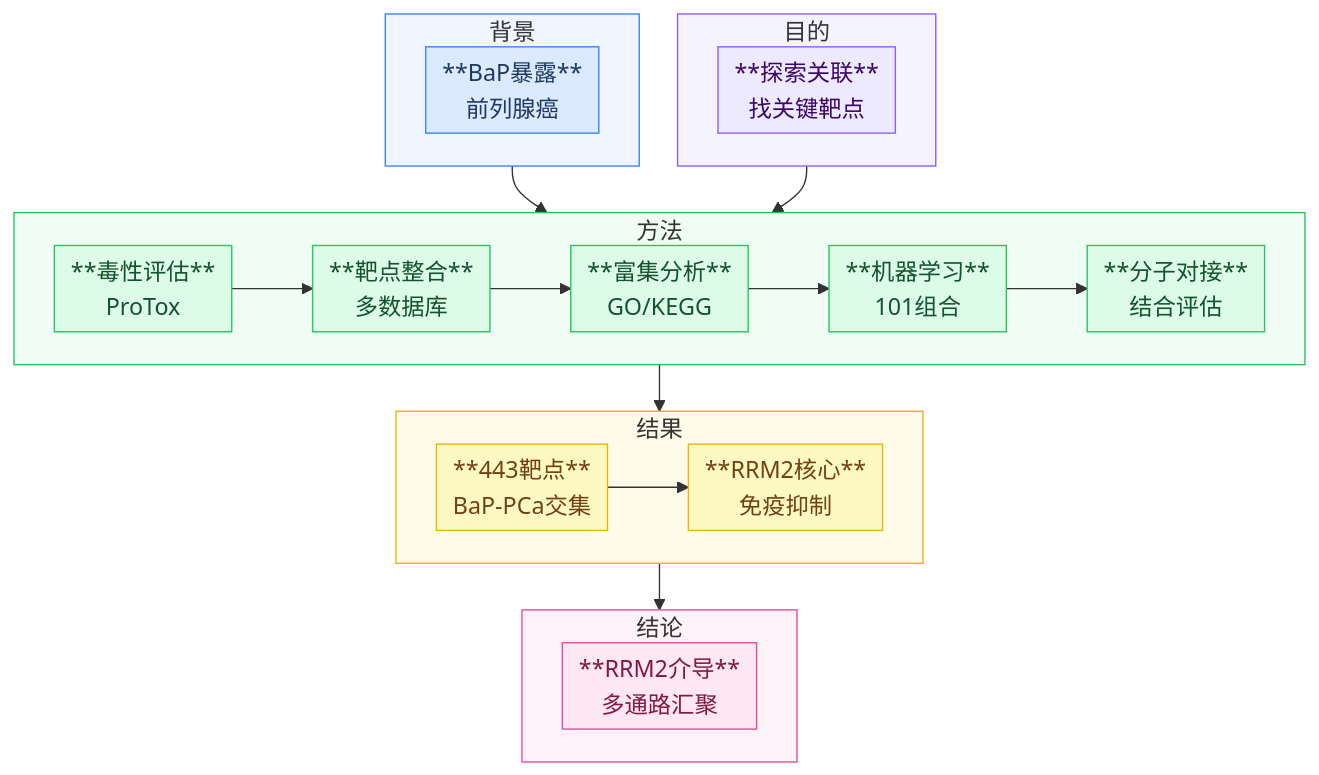
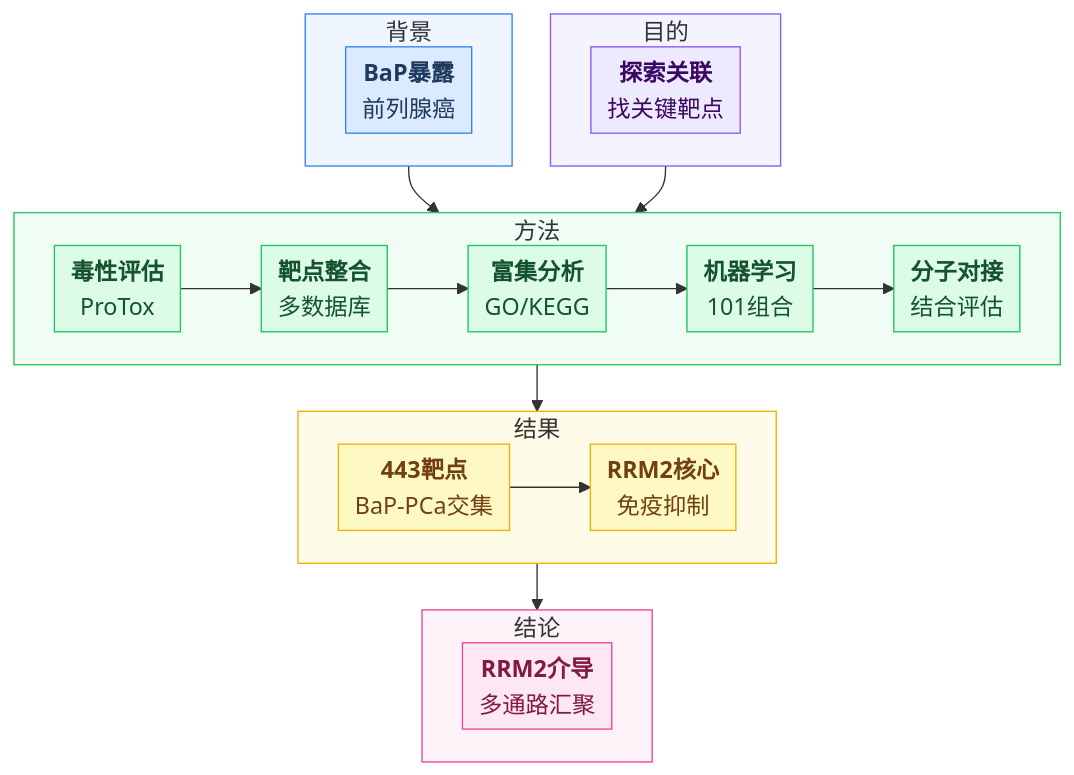
Before and after one commit to Xintheo/Paper-Reading: the first of 2 diagrams in 1-AI指令/1.Mermaid辞典.md, drawn with Mermaid. The commit also changed other lines of this file and 9 other files, not shown here.

````diff
--- a/1-AI指令/1.Mermaid辞典.md
+++ b/1-AI指令/1.Mermaid辞典.md
@@ -87,50 +90,50 @@
 ```mermaid
 %%{init: {'flowchart': {'nodeSpacing': 28, 'rankSpacing': 34, 'padding': 6}, 'themeVariables': {'fontSize': '17px'}}}%%
 flowchart TD
   subgraph 背景
     direction LR
-    A[**BaP暴露**<br/>前列腺癌]
+    A["<b>BaP暴露</b><br/>前列腺癌"]
   end
   subgraph 目的
     direction LR
-    B[**探索关联**<br/>找关键靶点]
+    B["<b>探索关联</b><br/>找关键靶点"]
   end
   subgraph 方法
     direction LR
-    C[**毒性评估**<br/>ProTox]
-    D[**靶点整合**<br/>多数据库]
-    E[**富集分析**<br/>GO/KEGG]
-    F[**机器学习**<br/>101组合]
-    G[**分子对接**<br/>结合评估]
+    C["<b>毒性评估</b><br/>ProTox"]
+    D["<b>靶点整合</b><br/>多数据库"]
+    E["<b>富集分析</b><br/>GO/KEGG"]
+    F["<b>机器学习</b><br/>101组合"]
+    G["<b>分子对接</b><br/>结合评估"]
     C --> D --> E --> F --> G
   end
   subgraph 结果
     direction LR
-    H[**443靶点**<br/>BaP-PCa交集]
-    I[**RRM2核心**<br/>免疫抑制]
+    H["<b>443靶点</b><br/>BaP-PCa交集"]
+    I["<b>RRM2核心</b><br/>免疫抑制"]
     H --> I
   end
   subgraph 结论
     direction LR
-    J[**RRM2介导**<br/>多通路汇聚]
+    J["<b>RRM2介导</b><br/>多通路汇聚"]
   end
   背景 --> 方法
   目的 --> 方法
   方法 --> 结果
   结果 --> 结论
   classDef bg fill:#dbeafe,stroke:#3b82f6,color:#1e3a5f
   classDef purpose fill:#ede9fe,stroke:#8b5cf6,color:#3b0764
   classDef method fill:#dcfce7,stroke:#22c55e,color:#14532d
   classDef result fill:#fef9c3,stroke:#eab308,color:#713f12
   classDef conclusion fill:#fce7f3,stroke:#ec4899,color:#831843
   class A bg
   class B purpose
   class C,D,E,F,G method
   class H,I result
   class J conclusion
   style 背景 fill:#eff6ff,stroke:#3b82f6
   style 目的 fill:#f5f3ff,stroke:#8b5cf6
   style 方法 fill:#f0fdf4,stroke:#22c55e
   style 结果 fill:#fefce8,stroke:#eab308
   style 结论 fill:#fdf2f8,stroke:#ec4899
 ```
````
